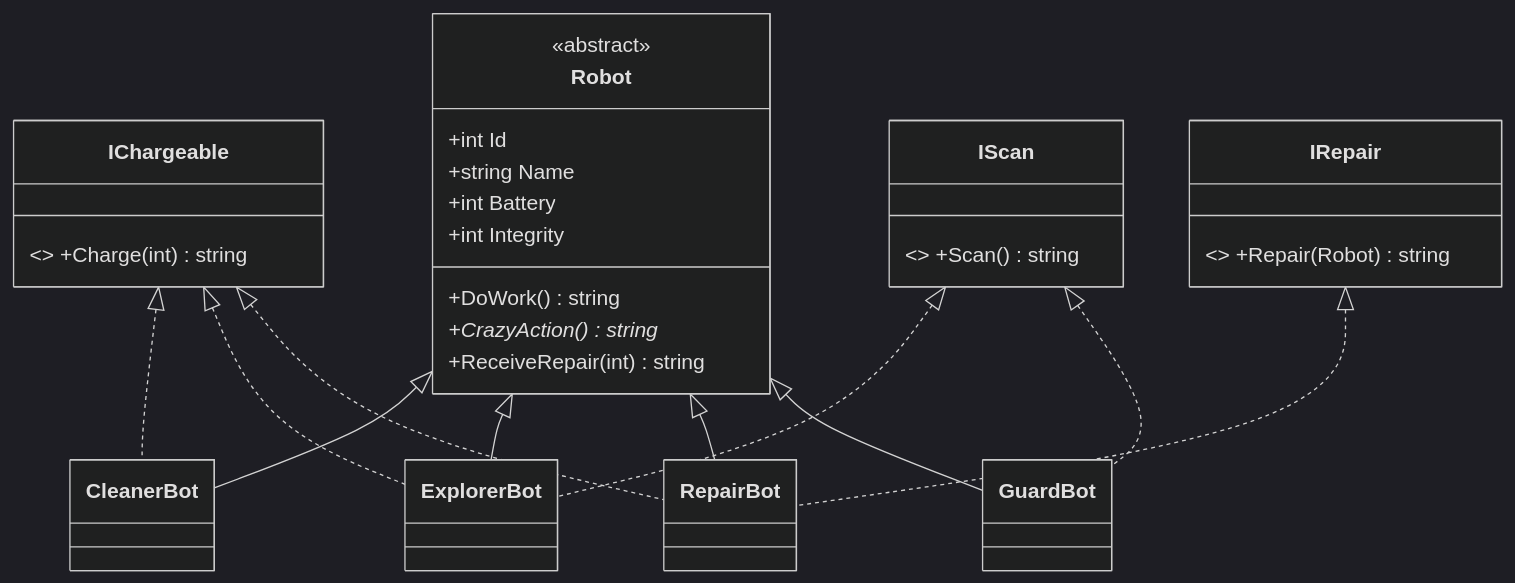
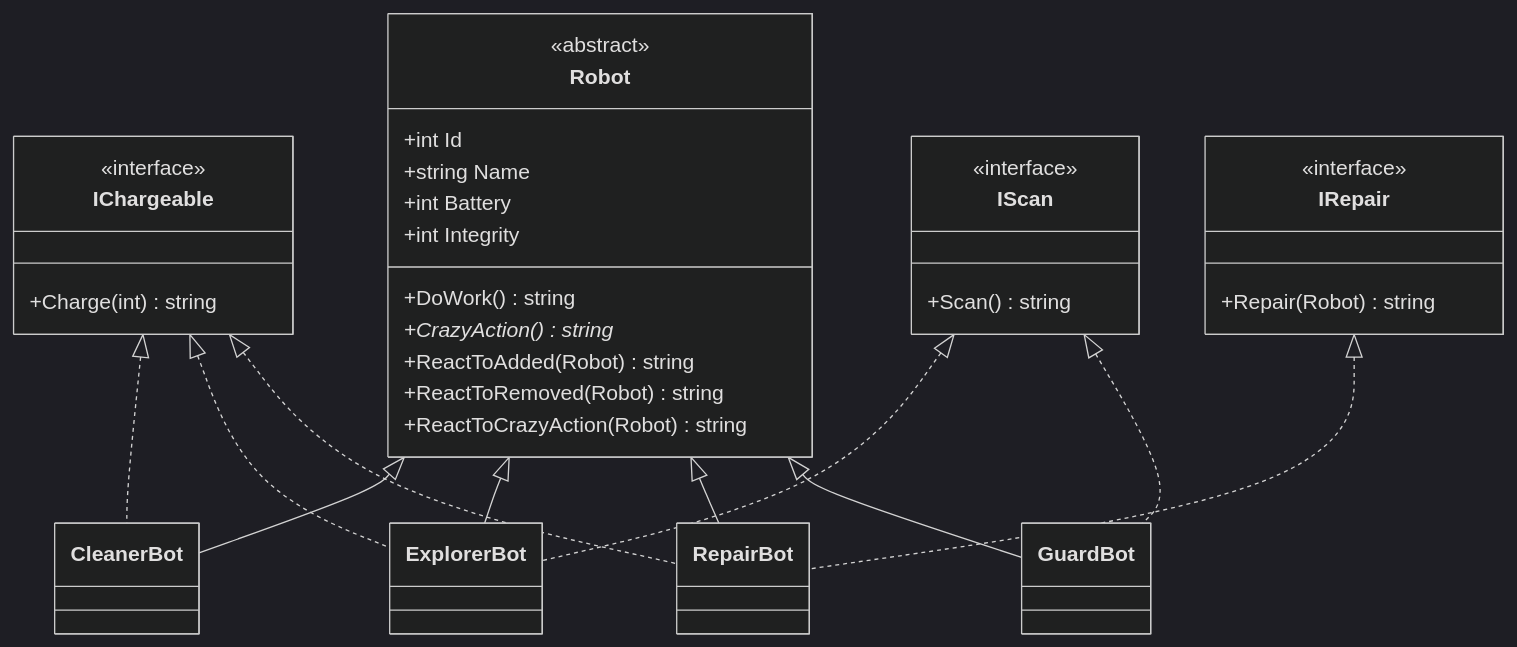
One commit to mkotkov/RobotPlanet changed the first of 3 diagrams in README.md. Above: the diagram before and after it, drawn with Mermaid (dark theme). The commit also changed other lines of this file and 21 other files, not shown here.

````diff
--- a/README.md
+++ b/README.md
@@ -42,28 +86,39 @@
 ```mermaid
 classDiagram
     class Robot {
         <<abstract>>
         +int Id
         +string Name
         +int Battery
         +int Integrity
         +DoWork() string
         +CrazyAction() string*
-        +ReceiveRepair(int) string
+        +ReactToAdded(Robot) string
+        +ReactToRemoved(Robot) string
+        +ReactToCrazyAction(Robot) string
     }
-    class IChargeable { <<interface>> +Charge(int) string }
-    class IScan { <<interface>> +Scan() string }
-    class IRepair { <<interface>> +Repair(Robot) string }
+    class IChargeable {
+        <<interface>>
+        +Charge(int) string
+    }
+    class IScan {
+        <<interface>>
+        +Scan() string
+    }
+    class IRepair {
+        <<interface>>
+        +Repair(Robot) string
+    }
 
     Robot <|-- CleanerBot
     Robot <|-- ExplorerBot
     Robot <|-- RepairBot
     Robot <|-- GuardBot
 
     IChargeable <|.. CleanerBot
     IChargeable <|.. ExplorerBot
     IScan <|.. ExplorerBot
     IChargeable <|.. RepairBot
     IRepair <|.. RepairBot
     IScan <|.. GuardBot
 ```
````
